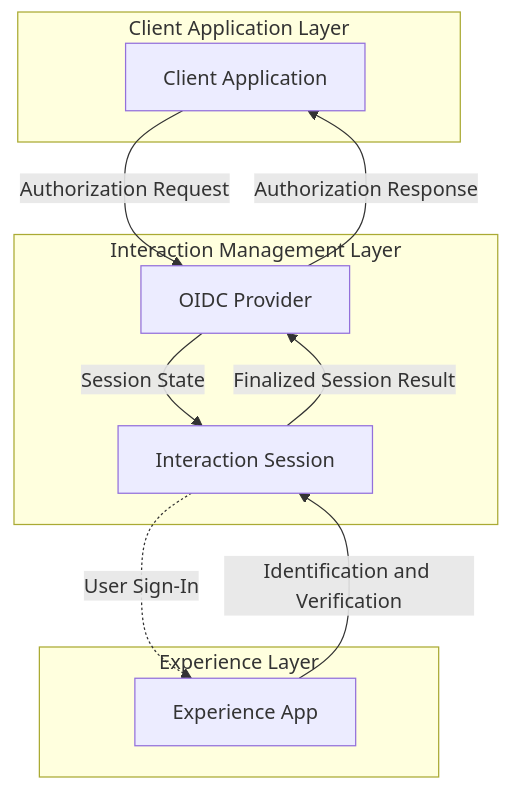
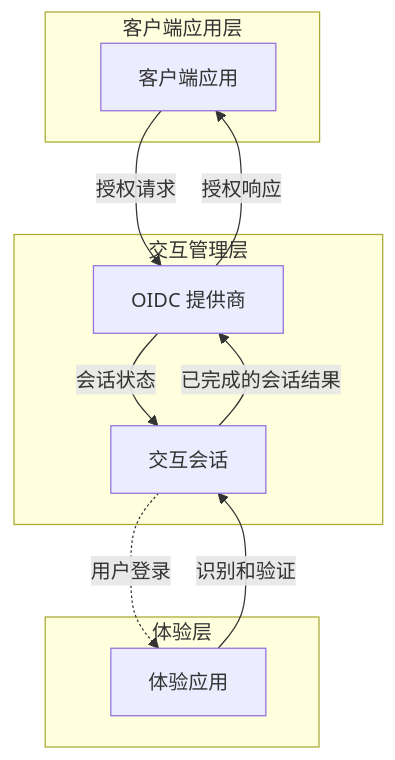
One commit to logto-io/docs changed the second of 2 diagrams in i18n/zh-CN/docusaurus-plugin-content-docs/current/end-user-flows/sign-up-and-sign-in/README.mdx. Above: the diagram before and after it, drawn with Mermaid. The commit also changed other lines of this file and 449 other files, not shown here.

````diff
--- a/i18n/zh-CN/docusaurus-plugin-content-docs/current/end-user-flows/sign-up-and-sign-in/README.mdx
+++ b/i18n/zh-CN/docusaurus-plugin-content-docs/current/end-user-flows/sign-up-and-sign-in/README.mdx
@@ -45,24 +45,24 @@
 ```mermaid
 flowchart TD
-  %% Layers
-  subgraph Layer1 [Client Application Layer]
-      A[Client Application]
+  %% 层
+  subgraph Layer1 [客户端应用层]
+      A[客户端应用]
   end
 
-  subgraph Layer2 [Interaction Management Layer]
-      B[OIDC Provider]
-      C[Interaction Session]
+  subgraph Layer2 [交互管理层]
+      B[OIDC 提供商]
+      C[交互会话]
   end
 
-  subgraph Layer3 [Experience Layer]
-      D[Experience App]
+  subgraph Layer3 [体验层]
+      D[体验应用]
   end
 
-  %% Connections
-  A --> |Authorization Request| B
-  B --> |Session State| C
-  C -.-> |User Sign-In| D
-  D --> |Identification and Verification | C
-  C --> |Finalized Session Result| B
-  B --> |Authorization Response| A
+  %% 连接
+  A --> |授权请求| B
+  B --> |会话状态| C
+  C -.-> |用户登录| D
+  D --> |识别和验证| C
+  C --> |已完成的会话结果| B
+  B --> |授权响应| A
 ```
````
